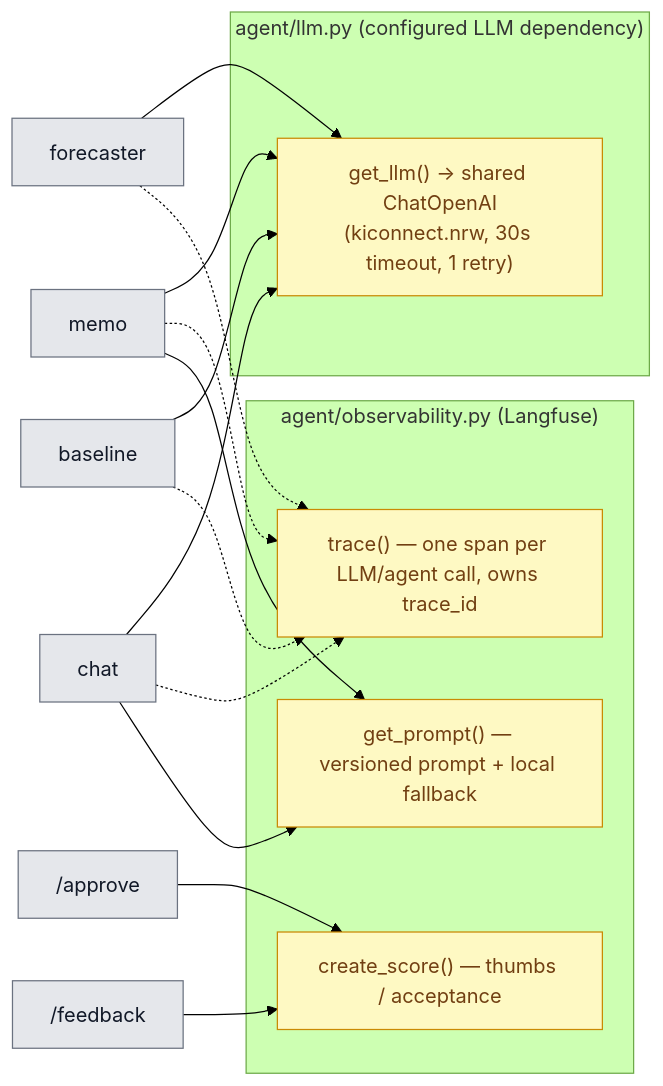
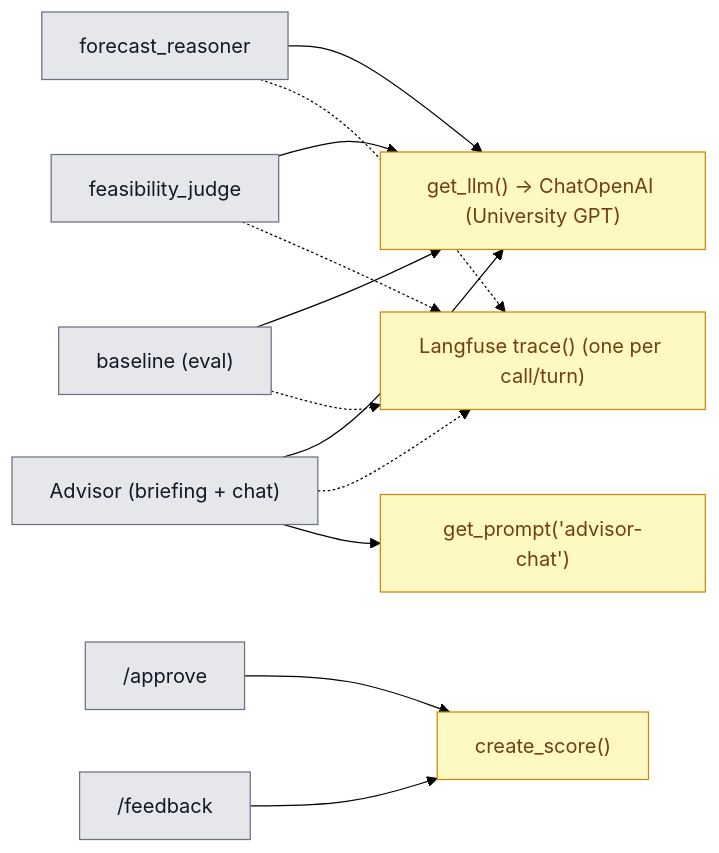
Before and after one commit to tjorgeo/AIIM_DB_mobility_advisior: diagram 11 of 13 in DELIVERABLES/BACKEND_ARCHITECTURE_REPORT.md, drawn with Mermaid (forest theme). The commit also changed other lines of this file and 2 other files, not shown here.

````diff
--- a/DELIVERABLES/BACKEND_ARCHITECTURE_REPORT.md
+++ b/DELIVERABLES/BACKEND_ARCHITECTURE_REPORT.md
@@ -515,21 +415,11 @@
 ```mermaid
 flowchart LR
-    subgraph llm["agent/llm.py (configured LLM dependency)"]
-        GET["get_llm() → shared ChatOpenAI<br/>(kiconnect.nrw, 30s timeout, 1 retry)"]
-    end
-    subgraph obs["agent/observability.py (Langfuse)"]
-        TR["trace() — one span per LLM/agent call, owns trace_id"]
-        PR["get_prompt() — versioned prompt + local fallback"]
-        SC["create_score() — thumbs / acceptance"]
-    end
-
-    FCAST["forecaster"] & MEMO["memo"] & CHAT["chat"] & BASE["baseline"] --> GET
-    FCAST & MEMO & CHAT & BASE -.-> TR
-    MEMO & CHAT --> PR
-    APPROVE["/approve"] & FEEDBACK["/feedback"] --> SC
-
+    FR["forecast_reasoner"] & FJ["feasibility_judge"] & AG["Advisor (briefing + chat)"] & BASE["baseline (eval)"] --> GET["get_llm() → ChatOpenAI (University GPT)"]
+    FR & FJ & AG & BASE -.-> TR["Langfuse trace() (one per call/turn)"]
+    AG --> PR["get_prompt('advisor-chat')"]
+    APPROVE["/approve"] & FEEDBACK["/feedback"] --> SC["create_score()"]
     classDef llm fill:#fef9c3,stroke:#ca8a04,color:#713f12;
     classDef store fill:#e5e7eb,stroke:#6b7280,color:#111827;
     class GET,TR,PR,SC llm;
-    class FCAST,MEMO,CHAT,BASE,APPROVE,FEEDBACK store;
+    class FR,FJ,AG,BASE,APPROVE,FEEDBACK store;
 ```
````
